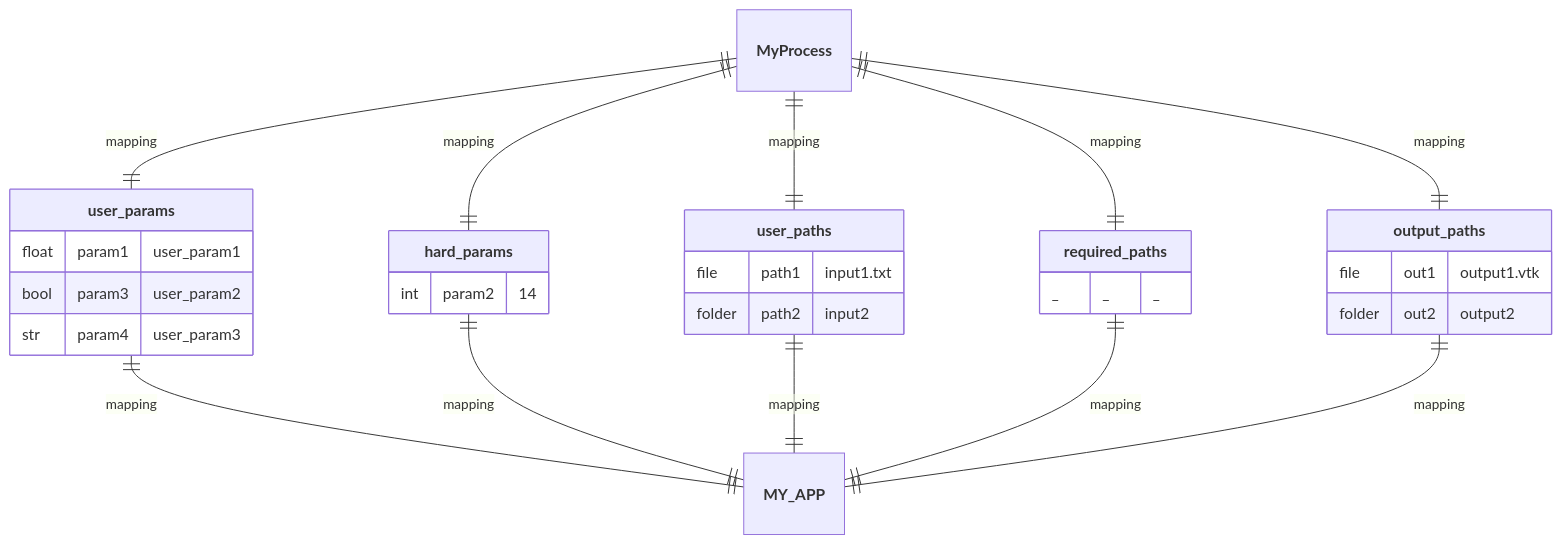
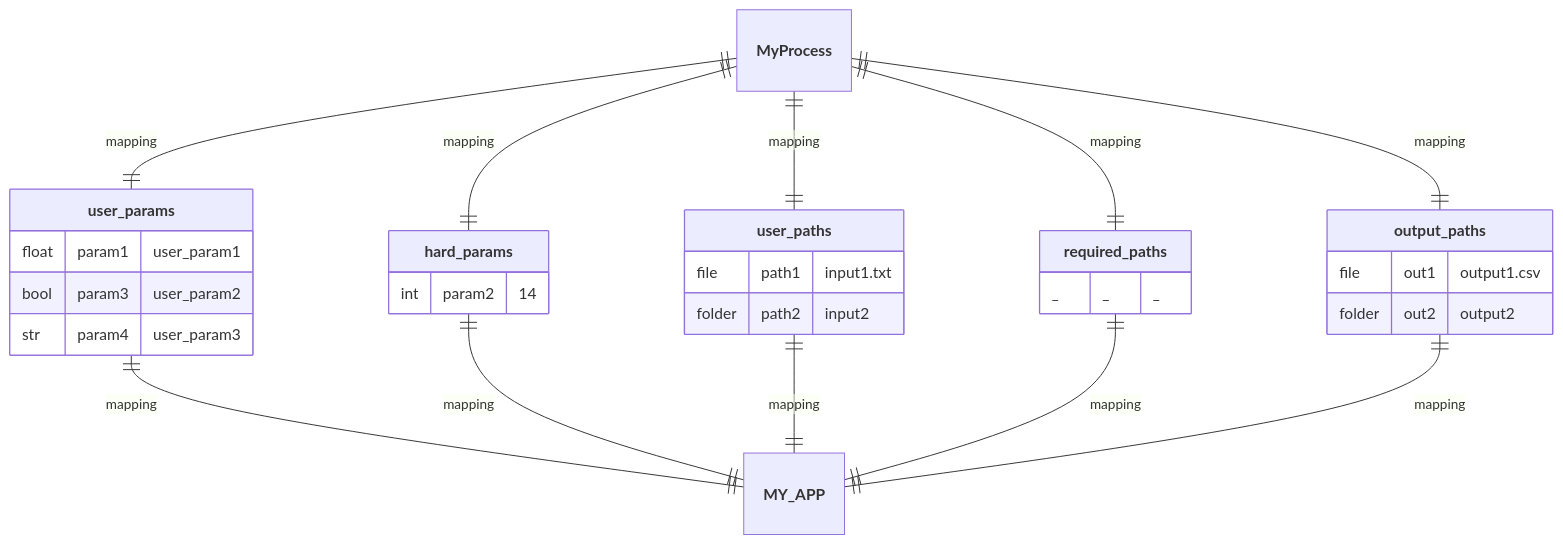
One commit to nuremics/nuremics changed the ninth of 9 diagrams in README.md. Above: the diagram before and after it, drawn with Mermaid. The commit also changed other lines of this file, not shown here.

````diff
--- a/README.md
+++ b/README.md
@@ -265,33 +264,33 @@
 ```mermaid
 erDiagram
   **MyProcess** ||--|| **user_params** : mapping
   **MyProcess** ||--|| **hard_params** : mapping
   **MyProcess** ||--|| **user_paths** : mapping
   **MyProcess** ||--|| **required_paths** : mapping
   **MyProcess** ||--|| **output_paths** : mapping
   **user_params** ||--|| **MY_APP** : mapping
   **hard_params** ||--|| **MY_APP** : mapping
   **user_paths** ||--|| **MY_APP** : mapping
   **required_paths** ||--|| **MY_APP** : mapping
   **output_paths** ||--|| **MY_APP** : mapping
 
   **user_params** {
     float param1 "user_param1"
     bool param3 "user_param2"
     str param4 "user_param3"
   }
   **hard_params** {
     int param2 "14"
   }
   **user_paths** {
     file path1 "input1.txt"
     folder path2 "input2"
   }
   **required_paths** {
     _ _ "_"
   }
   **output_paths** {
-    file out1 "output1.vtk"
+    file out1 "output1.csv"
     folder out2 "output2"
   }
 ```
````
